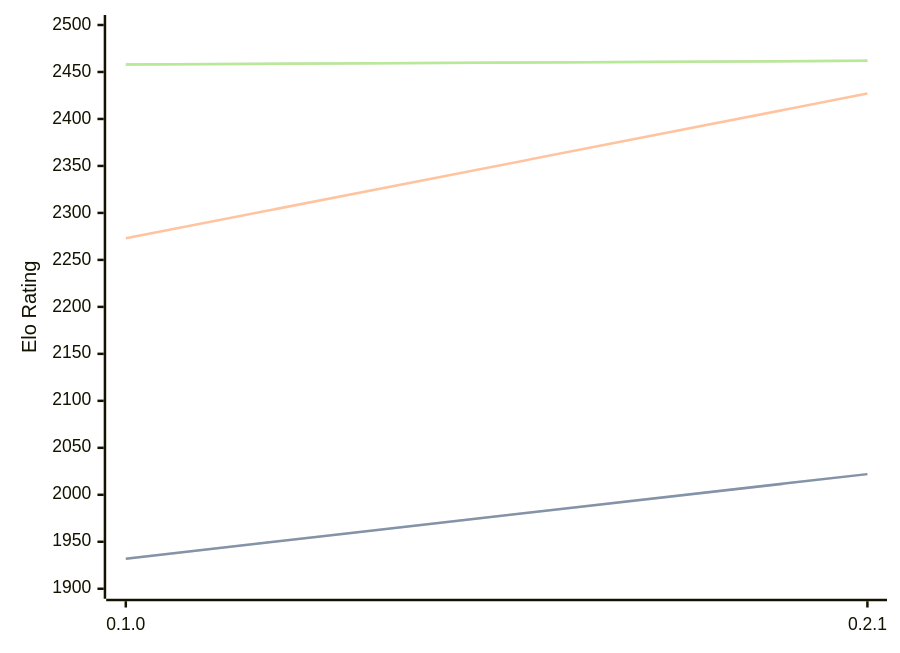
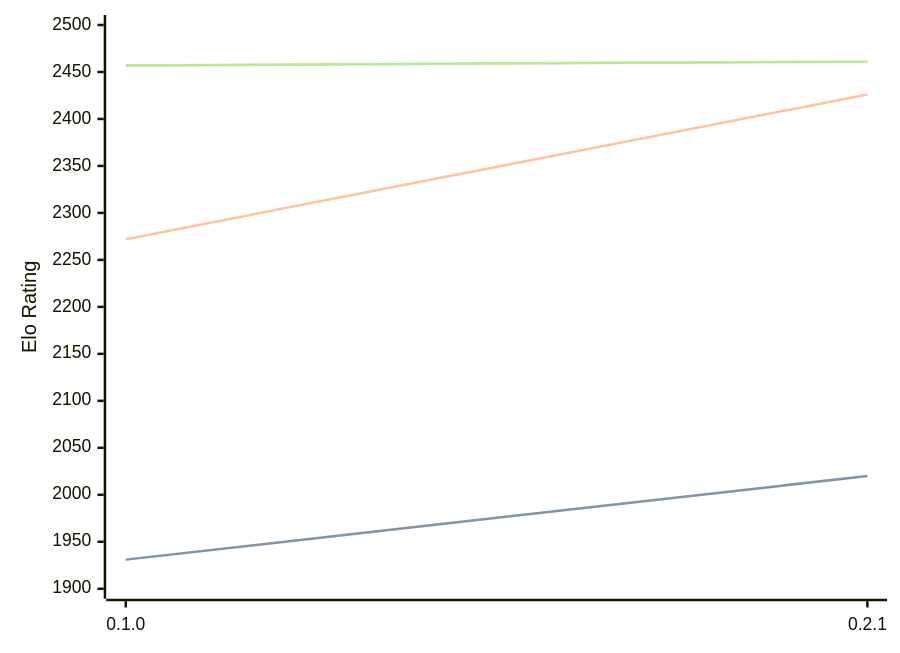
The diagram in engines/Sykora.md (computer-chess-index/cci), drawn with Mermaid before and after one commit. The commit also changed other lines of this file, not shown here.

Commit message:
Update CCI Ratings (ELO VLTC) - 2026-03-07

````diff
--- a/engines/Sykora.md
+++ b/engines/Sykora.md
@@ -30,11 +30,11 @@
 ```mermaid
 %%{init: {"theme":"base","themeVariables":{"seriesColors:['#a3a3a3','#222221','#faa371']}}}%%
 xychart-beta
   x-axis ["0.1.0", "0.2.1"]
   y-axis "Elo Rating" 1900 --> 2500
-  line "STC (8.0+0.08s)" [1932, 2022]
-  line "STC (8.0+0.08s)" [1932, 2022]
-  line "LTC (60.0+0.60s)" [2273, 2427]
-  line "VLTC (2m24s+1.12s)" [2458, 2462]
-  line "VLTC (2m24s+1.12s)" [2458, 2462]
+  line "STC (8.0+0.08s)" [1931, 2020]
+  line "STC (8.0+0.08s)" [1931, 2020]
+  line "LTC (60.0+0.60s)" [2272, 2426]
+  line "VLTC (2m24s+1.12s)" [2457, 2461]
+  line "VLTC (2m24s+1.12s)" [2457, 2461]
 ```
````
